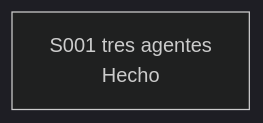
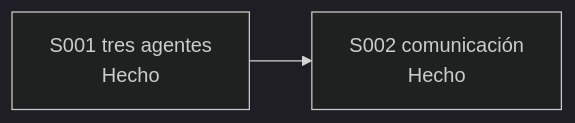
The third of 3 diagrams in docs/E001/F006/README.md (jliberal-aquas/aquas-central-harness-government), drawn with Mermaid (dark theme) before and after one commit. The commit also changed other lines of this file and 21 other files, not shown here.

First line of the commit message:
Comunicación entre agentes: encargo y cierre fijos, exigidos por hook (E001/F006/S002)

````diff
--- a/docs/E001/F006/README.md
+++ b/docs/E001/F006/README.md
@@ -106,4 +108,4 @@
 ```mermaid
 flowchart LR
-    S1["S001 tres agentes<br/>Hecho"]
+    S1["S001 tres agentes<br/>Hecho"] --> S2["S002 comunicación<br/>Hecho"]
 ```
````
